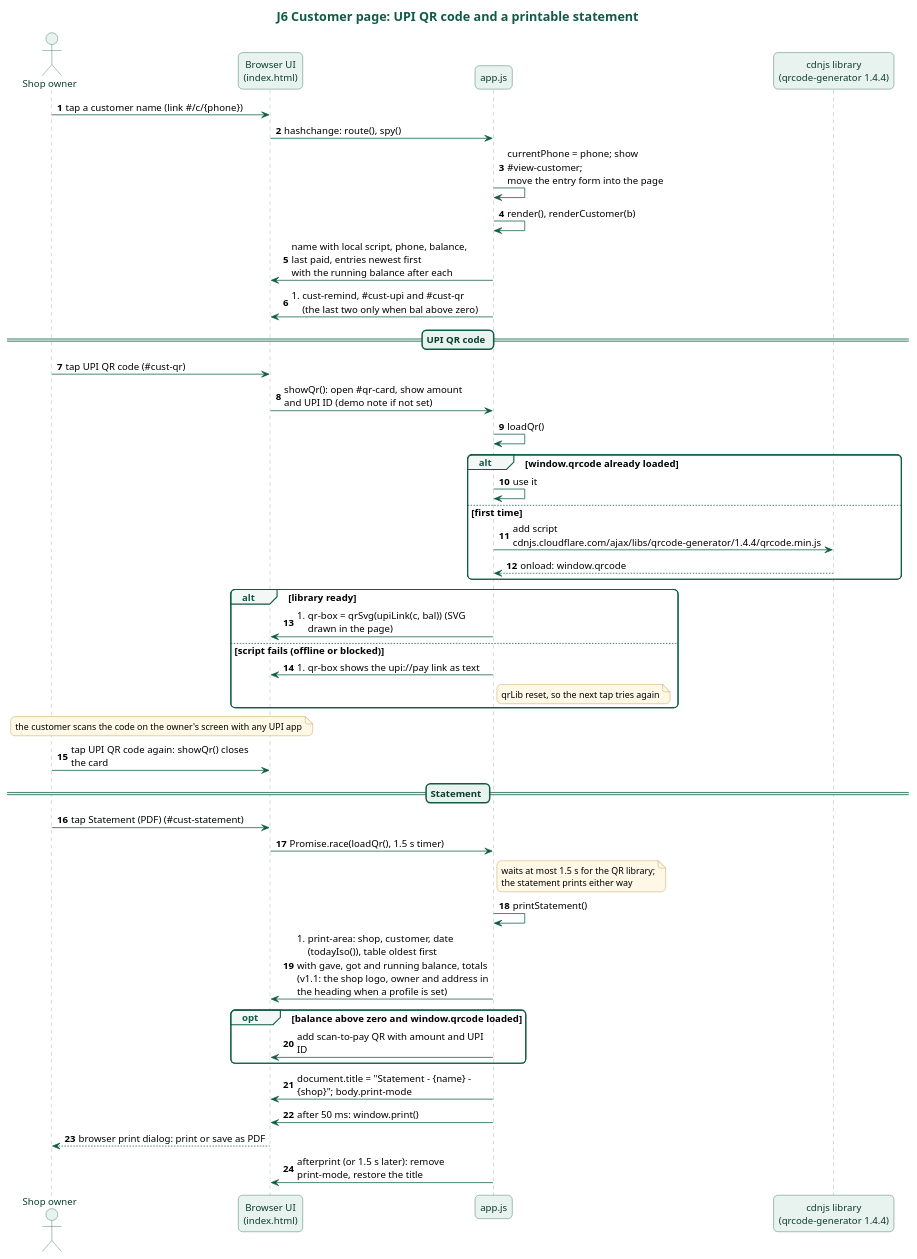
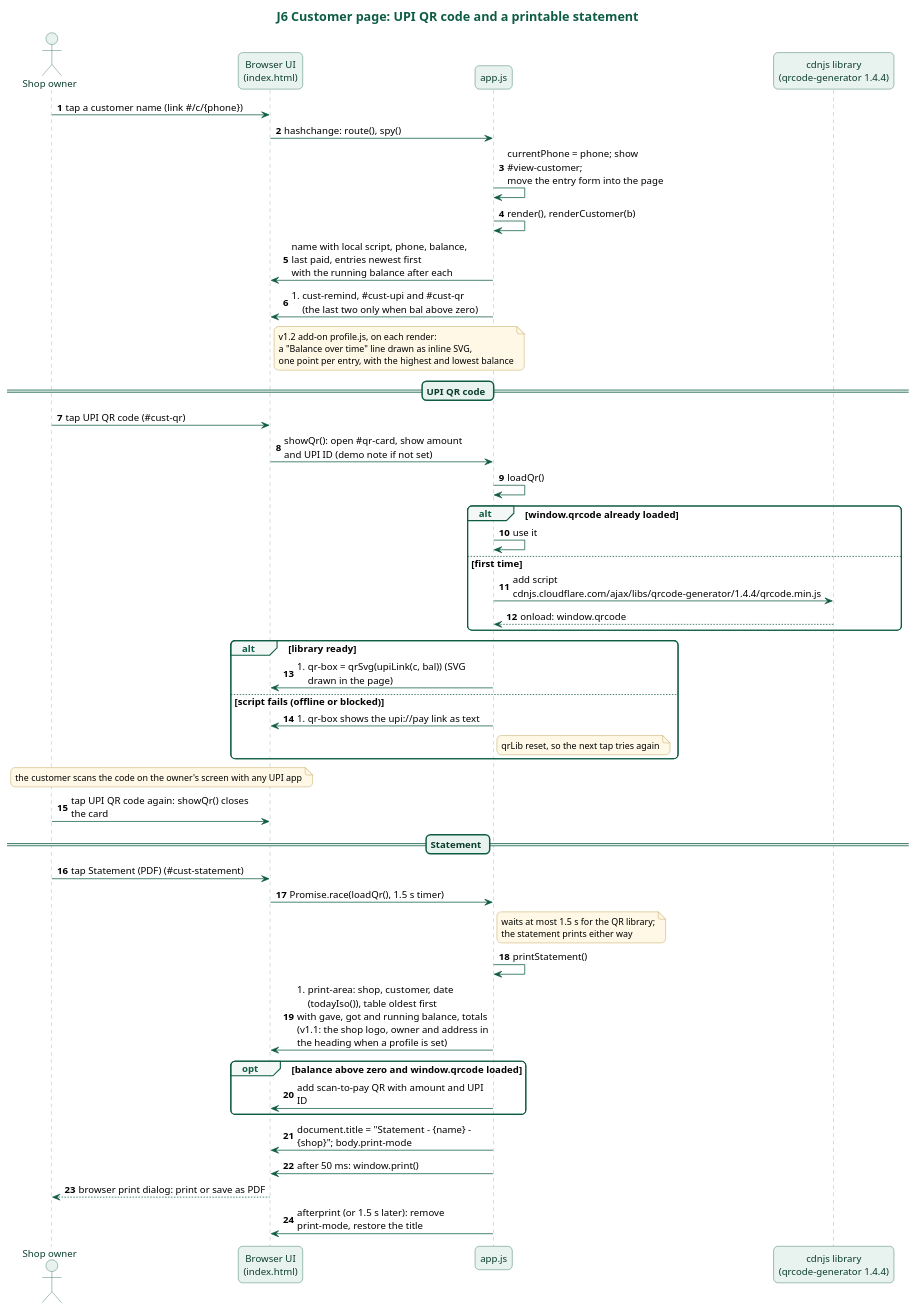
The diagram in docs/diagrams/j6-qr-and-statement.puml (karwasanjay007/hisaab-docs), drawn with PlantUML before and after one commit. The commit also changed 14 other files, not shown here.

First line of the commit message:
Documents checked against the code: diagrams, journeys, requirements and epics corrected to version 1.2.0.0

```diff
--- a/docs/diagrams/j6-qr-and-statement.puml
+++ b/docs/diagrams/j6-qr-and-statement.puml
@@ -1,82 +1,83 @@
 @startuml j6-qr-and-statement
 title J6 Customer page: UPI QR code and a printable statement
 skinparam backgroundColor white
 skinparam defaultFontName "Noto Sans"
 skinparam defaultFontSize 13
 skinparam roundCorner 12
 skinparam shadowing false
 skinparam maxMessageSize 260
 skinparam titleFontSize 17
 skinparam titleFontColor #0E5C45
 skinparam sequenceMessageAlign left
 skinparam responseMessageBelowArrow true
 skinparam sequence {
   ArrowColor #0E5C45
   LifeLineBorderColor #7FA89A
   LifeLineBackgroundColor #E8F2EE
   ParticipantBorderColor #0E5C45
   ParticipantBackgroundColor #E8F2EE
   ParticipantFontColor #0B3D2E
   ActorBorderColor #0E5C45
   ActorBackgroundColor #E8F2EE
   ActorFontColor #0B3D2E
   GroupBorderColor #0E5C45
   GroupHeaderFontColor #0E5C45
   GroupBackgroundColor #F3F8F6
   DividerBorderColor #0E5C45
   DividerBackgroundColor #E8F2EE
   DividerFontColor #0B3D2E
   BoxBorderColor #0E5C45
 }
 skinparam database {
   BorderColor #0E5C45
   BackgroundColor #E8F2EE
 }
 skinparam note {
   BorderColor #B08A2E
   BackgroundColor #FFF8E6
   FontSize 12
 }
 actor "Shop owner" as Owner
 participant "Browser UI\n(index.html)" as UI
 participant "app.js" as App
 participant "cdnjs library\n(qrcode-generator 1.4.4)" as CDN
 autonumber
 Owner -> UI : tap a customer name (link #/c/{phone})
 UI -> App : hashchange: route(), spy()
 App -> App : currentPhone = phone; show #view-customer;\nmove the entry form into the page
 App -> App : render(), renderCustomer(b)
 App -> UI : name with local script, phone, balance, last paid, entries newest first\nwith the running balance after each
 App -> UI : #cust-remind, #cust-upi and #cust-qr (the last two only when bal above zero)
+note right of UI : v1.2 add-on profile.js, on each render:\na "Balance over time" line drawn as inline SVG,\none point per entry, with the highest and lowest balance
 == UPI QR code ==
 Owner -> UI : tap UPI QR code (#cust-qr)
 UI -> App : showQr(): open #qr-card, show amount and UPI ID (demo note if not set)
 App -> App : loadQr()
 alt window.qrcode already loaded
   App -> App : use it
 else first time
   App -> CDN : add script cdnjs.cloudflare.com/ajax/libs/qrcode-generator/1.4.4/qrcode.min.js
   CDN --> App : onload: window.qrcode
 end
 alt library ready
   App -> UI : #qr-box = qrSvg(upiLink(c, bal)) (SVG drawn in the page)
 else script fails (offline or blocked)
   App -> UI : #qr-box shows the upi:~//pay link as text
   note right of App : qrLib reset, so the next tap tries again
 end
 note over Owner, UI : the customer scans the code on the owner's screen with any UPI app
 Owner -> UI : tap UPI QR code again: showQr() closes the card
 == Statement ==
 Owner -> UI : tap Statement (PDF) (#cust-statement)
 UI -> App : Promise.race(loadQr(), 1.5 s timer)
 note right of App : waits at most 1.5 s for the QR library;\nthe statement prints either way
 App -> App : printStatement()
 App -> UI : #print-area: shop, customer, date (todayIso()), table oldest first\nwith gave, got and running balance, totals\n(v1.1: the shop logo, owner and address in the heading when a profile is set)
 opt balance above zero and window.qrcode loaded
   App -> UI : add scan-to-pay QR with amount and UPI ID
 end
 App -> UI : document.title = "Statement - {name} - {shop}"; body.print-mode
 App -> UI : after 50 ms: window.print()
 UI --> Owner : browser print dialog: print or save as PDF
 App -> UI : afterprint (or 1.5 s later): remove print-mode, restore the title
 @enduml
```
